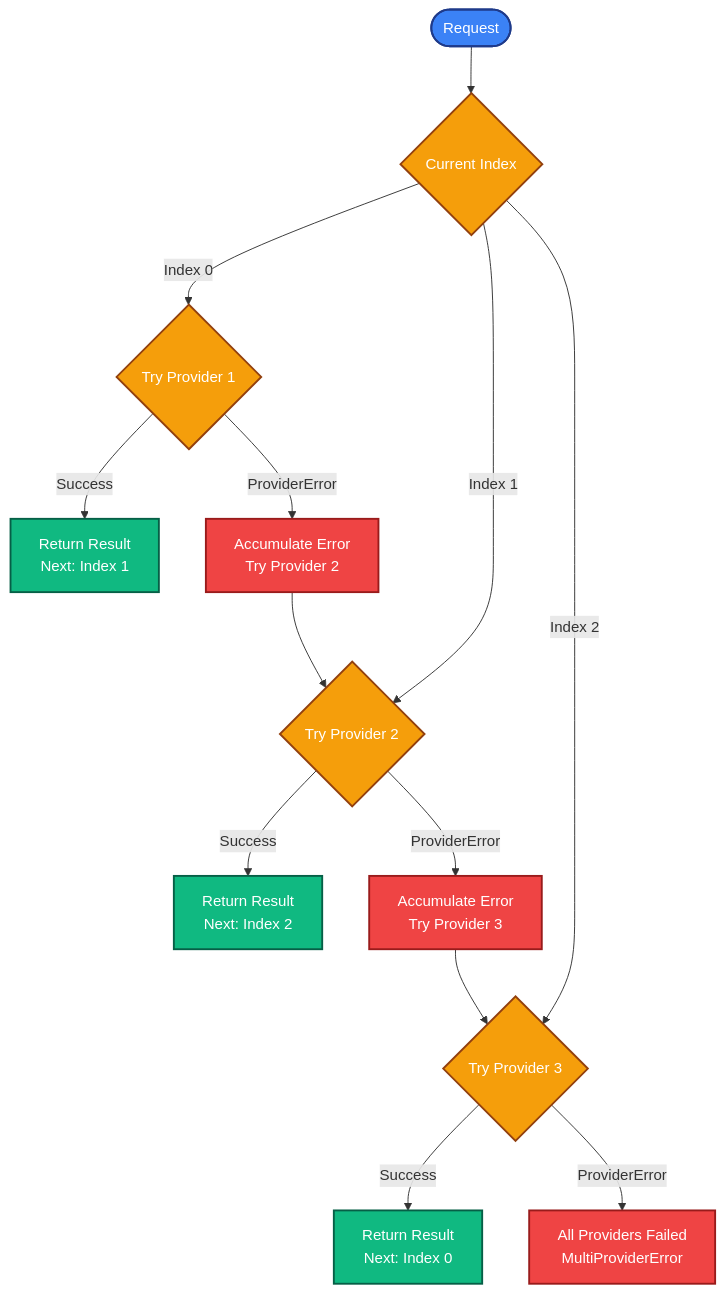
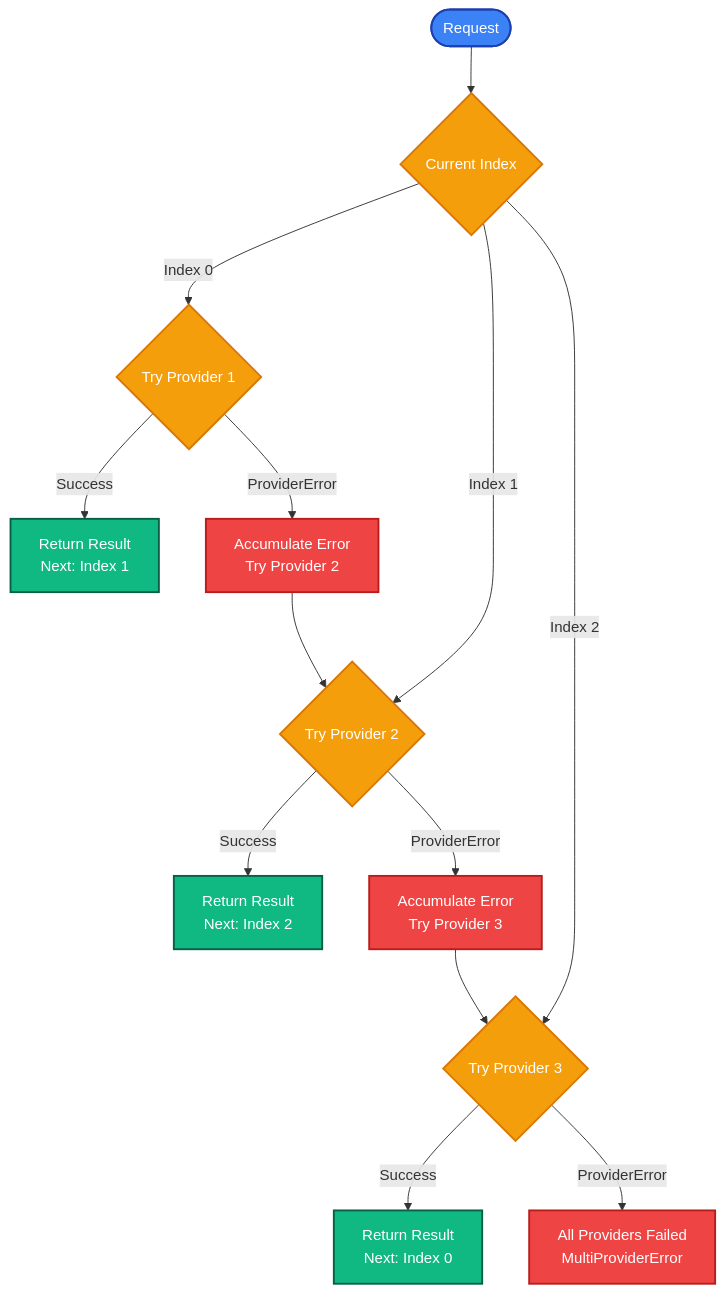
One commit to IntersectMBO/evolution-sdk changed the fourth of 5 diagrams in .specs/provider-failover.md. Above: the diagram before and after it, drawn with Mermaid. The commit also changed other lines of this file and 3 other files, not shown here.

````diff
--- a/.specs/provider-failover.md
+++ b/.specs/provider-failover.md
@@ -108,28 +177,28 @@
 ```mermaid
 graph TD
     Start([Request]) --> Check{Current Index}
     Check -->|Index 0| P1{Try Provider 1}
     Check -->|Index 1| P2{Try Provider 2}
     Check -->|Index 2| P3{Try Provider 3}
     
     P1 -->|Success| Success1[Return Result<br/>Next: Index 1]
     P1 -->|ProviderError| Acc1[Accumulate Error<br/>Try Provider 2]
     Acc1 --> P2
     
     P2 -->|Success| Success2[Return Result<br/>Next: Index 2]
     P2 -->|ProviderError| Acc2[Accumulate Error<br/>Try Provider 3]
     Acc2 --> P3
     
     P3 -->|Success| Success3[Return Result<br/>Next: Index 0]
     P3 -->|ProviderError| Error[All Providers Failed<br/>MultiProviderError]
     
     classDef success fill:#10b981,stroke:#065f46,stroke-width:2px,color:#ffffff
-    classDef failure fill:#ef4444,stroke:#991b1b,stroke-width:2px,color:#ffffff
-    classDef process fill:#3b82f6,stroke:#1e3a8a,stroke-width:2px,color:#ffffff
-    classDef decision fill:#f59e0b,stroke:#92400e,stroke-width:2px,color:#ffffff
+    classDef failure fill:#ef4444,stroke:#b91c1c,stroke-width:2px,color:#ffffff
+    classDef process fill:#3b82f6,stroke:#1e40af,stroke-width:2px,color:#ffffff
+    classDef decision fill:#f59e0b,stroke:#d97706,stroke-width:2px,color:#ffffff
     
     class Success1,Success2,Success3 success
     class Error,Acc1,Acc2 failure
     class Start process
     class Check,P1,P2,P3 decision
 ```
````
